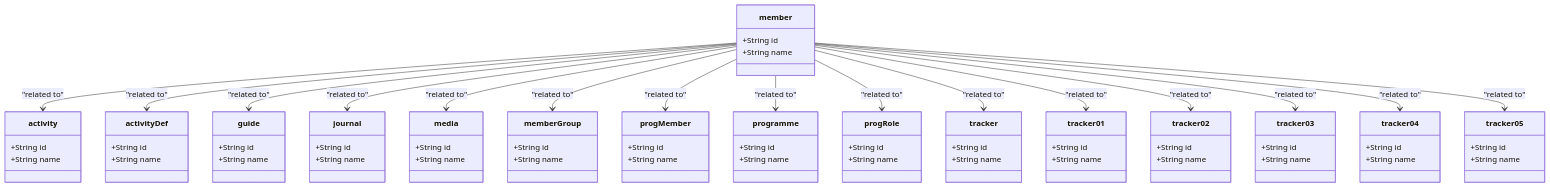
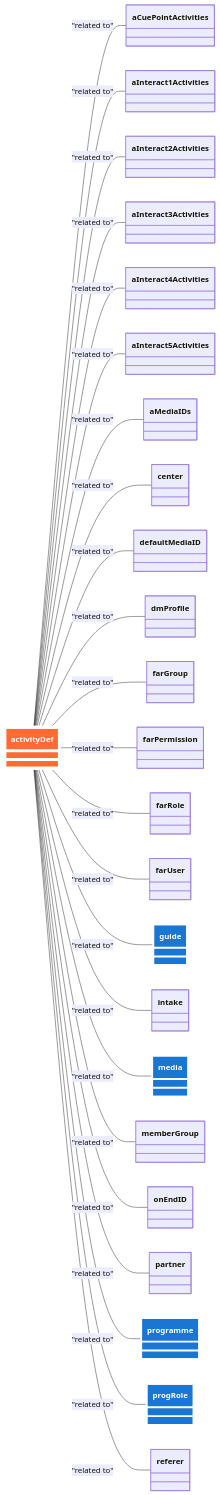
The diagram in exports/member_focus_class.mmd (wellmindhealth/FKmermaid), drawn with Mermaid before and after one commit. The commit also changed 44 other files, not shown here.

```diff
--- a/exports/member_focus_class.mmd
+++ b/exports/member_focus_class.mmd
@@ -1,82 +1,61 @@
 classDiagram
-    class member {
-        +String id
-        +String name
-    }
-    class activity {
-        +String id
-        +String name
-    }
-    class activityDef {
-        +String id
-        +String name
-    }
-    class guide {
-        +String id
-        +String name
-    }
-    class journal {
-        +String id
-        +String name
-    }
-    class media {
-        +String id
-        +String name
-    }
-    class memberGroup {
-        +String id
-        +String name
-    }
-    class progMember {
-        +String id
-        +String name
-    }
-    class programme {
-        +String id
-        +String name
-    }
-    class progRole {
-        +String id
-        +String name
-    }
-    class tracker {
-        +String id
-        +String name
-    }
-    class tracker01 {
-        +String id
-        +String name
-    }
-    class tracker02 {
-        +String id
-        +String name
-    }
-    class tracker03 {
-        +String id
-        +String name
-    }
-    class tracker04 {
-        +String id
-        +String name
-    }
-    class tracker05 {
-        +String id
-        +String name
-    }
+    %% Layout configuration for hub-and-spoke positioning
+    %% Use radial layout around focus entity
+    %% Direction: LR for left-to-right spread
+    direction LR
+    class activityDef
+    class aCuePointActivities
+    class aInteract1Activities
+    class aInteract2Activities
+    class aInteract3Activities
+    class aInteract4Activities
+    class aInteract5Activities
+    class aMediaIDs
+    class center
+    class defaultMediaID
+    class dmProfile
+    class farGroup
+    class farPermission
+    class farRole
+    class farUser
+    class guide
+    class intake
+    class media
+    class memberGroup
+    class onEndID
+    class partner
+    class programme
+    class progRole
+    class referer
 
-    %% Relationships
-    member --> activity : "related to"
-    member --> activityDef : "related to"
-    member --> guide : "related to"
-    member --> journal : "related to"
-    member --> media : "related to"
-    member --> memberGroup : "related to"
-    member --> progMember : "related to"
-    member --> programme : "related to"
-    member --> progRole : "related to"
-    member --> tracker : "related to"
-    member --> tracker01 : "related to"
-    member --> tracker02 : "related to"
-    member --> tracker03 : "related to"
-    member --> tracker04 : "related to"
-    member --> tracker05 : "related to"
+    %% Hub-and-spoke relationships
+    activityDef -- aCuePointActivities : "related to"
+    activityDef -- aInteract1Activities : "related to"
+    activityDef -- aInteract2Activities : "related to"
+    activityDef -- aInteract3Activities : "related to"
+    activityDef -- aInteract4Activities : "related to"
+    activityDef -- aInteract5Activities : "related to"
+    activityDef -- aMediaIDs : "related to"
+    activityDef -- center : "related to"
+    activityDef -- defaultMediaID : "related to"
+    activityDef -- dmProfile : "related to"
+    activityDef -- farGroup : "related to"
+    activityDef -- farPermission : "related to"
+    activityDef -- farRole : "related to"
+    activityDef -- farUser : "related to"
+    activityDef -- guide : "related to"
+    activityDef -- intake : "related to"
+    activityDef -- media : "related to"
+    activityDef -- memberGroup : "related to"
+    activityDef -- onEndID : "related to"
+    activityDef -- partner : "related to"
+    activityDef -- programme : "related to"
+    activityDef -- progRole : "related to"
+    activityDef -- referer : "related to"
+
+    %% Styling
+    style activityDef fill:#ff6b35,stroke:#fff,stroke-width:6,color:#fff
+    style guide fill:#1976d2,stroke:#fff,stroke-width:4,color:#fff
+    style media fill:#1976d2,stroke:#fff,stroke-width:4,color:#fff
+    style programme fill:#1976d2,stroke:#fff,stroke-width:4,color:#fff
+    style progRole fill:#1976d2,stroke:#fff,stroke-width:4,color:#fff
```
